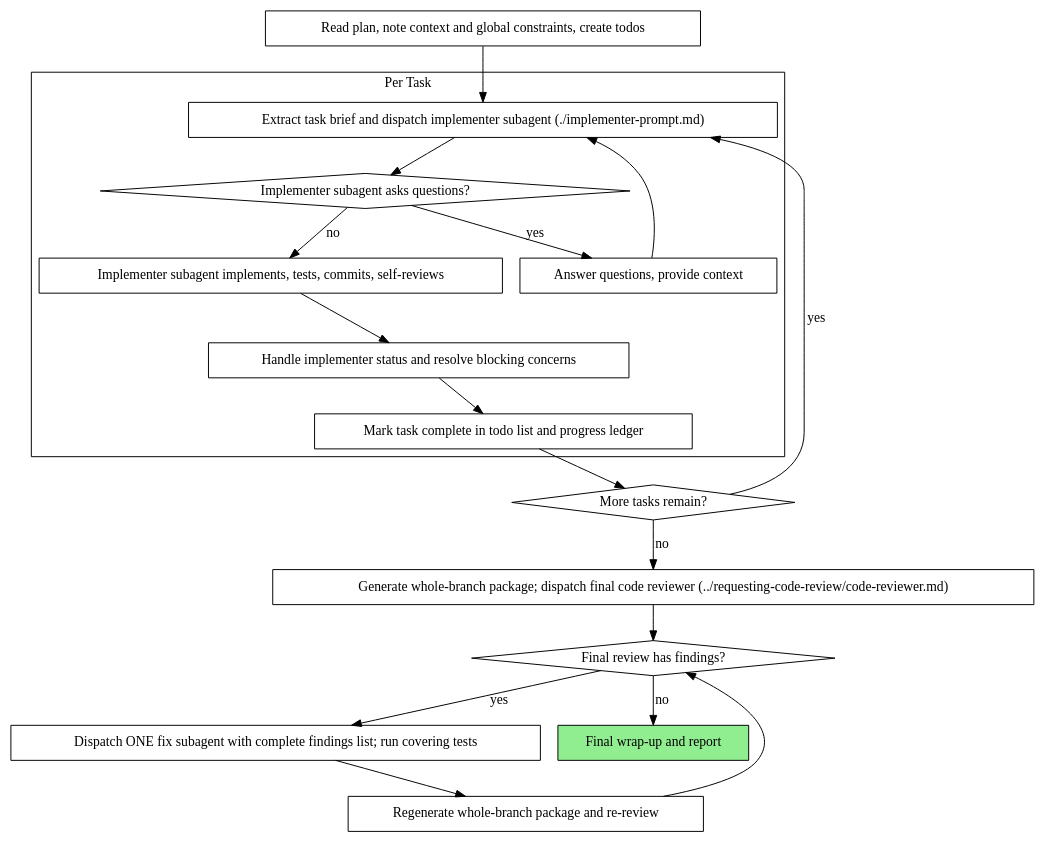
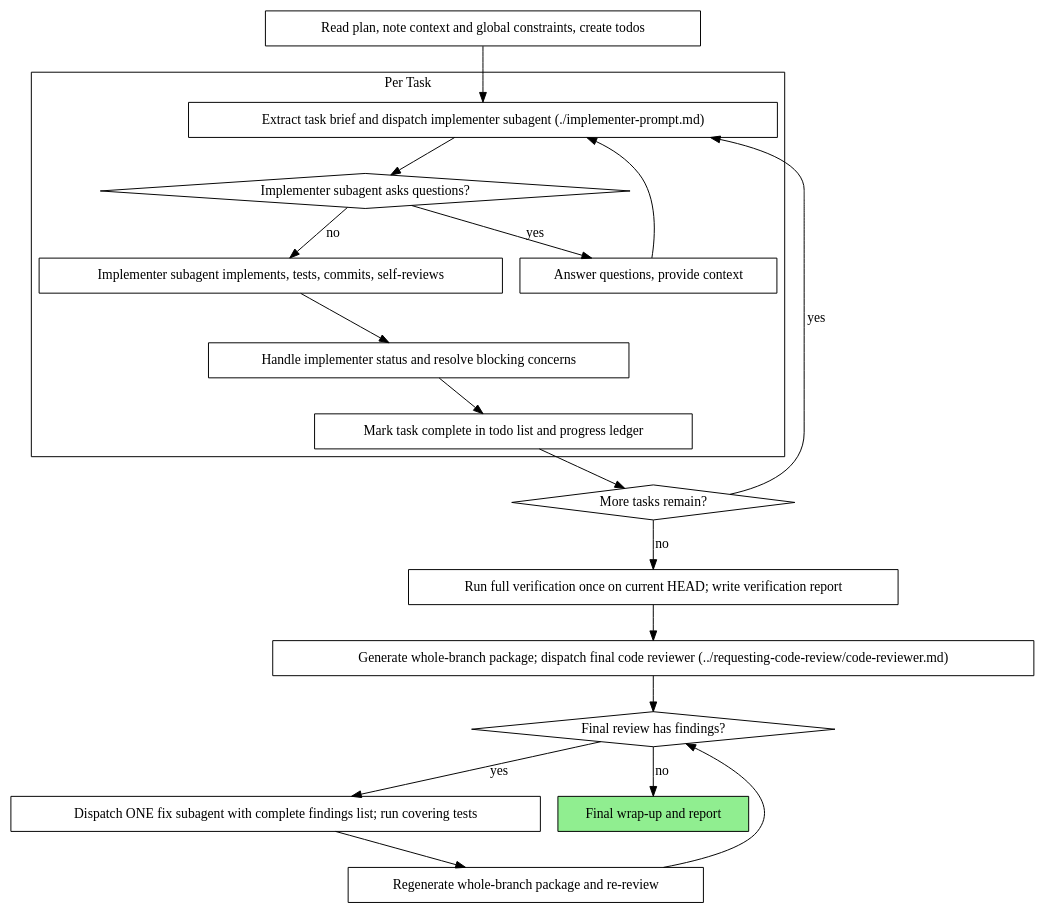
The second of 2 diagrams in 我的常用skills/subagent-driven-development/SKILL.md (Ayazuki85/Build_AI_Environment_for_Windows10), drawn with Graphviz before and after one commit. The commit also changed other lines of this file and 8 other files, not shown here.

````diff
--- a/我的常用skills/subagent-driven-development/SKILL.md
+++ b/我的常用skills/subagent-driven-development/SKILL.md
@@ -48,39 +48,41 @@
 ```dot
 digraph process {
     rankdir=TB;
 
     subgraph cluster_per_task {
         label="Per Task";
         "Extract task brief and dispatch implementer subagent (./implementer-prompt.md)" [shape=box];
         "Implementer subagent asks questions?" [shape=diamond];
         "Answer questions, provide context" [shape=box];
         "Implementer subagent implements, tests, commits, self-reviews" [shape=box];
         "Handle implementer status and resolve blocking concerns" [shape=box];
         "Mark task complete in todo list and progress ledger" [shape=box];
     }
 
     "Read plan, note context and global constraints, create todos" [shape=box];
     "More tasks remain?" [shape=diamond];
+    "Run full verification once on current HEAD; write verification report" [shape=box];
     "Generate whole-branch package; dispatch final code reviewer (../requesting-code-review/code-reviewer.md)" [shape=box];
     "Final review has findings?" [shape=diamond];
     "Dispatch ONE fix subagent with complete findings list; run covering tests" [shape=box];
     "Regenerate whole-branch package and re-review" [shape=box];
     "Final wrap-up and report" [shape=box style=filled fillcolor=lightgreen];
 
     "Read plan, note context and global constraints, create todos" -> "Extract task brief and dispatch implementer subagent (./implementer-prompt.md)";
     "Extract task brief and dispatch implementer subagent (./implementer-prompt.md)" -> "Implementer subagent asks questions?";
     "Implementer subagent asks questions?" -> "Answer questions, provide context" [label="yes"];
     "Answer questions, provide context" -> "Extract task brief and dispatch implementer subagent (./implementer-prompt.md)";
     "Implementer subagent asks questions?" -> "Implementer subagent implements, tests, commits, self-reviews" [label="no"];
     "Implementer subagent implements, tests, commits, self-reviews" -> "Handle implementer status and resolve blocking concerns";
     "Handle implementer status and resolve blocking concerns" -> "Mark task complete in todo list and progress ledger";
     "Mark task complete in todo list and progress ledger" -> "More tasks remain?";
     "More tasks remain?" -> "Extract task brief and dispatch implementer subagent (./implementer-prompt.md)" [label="yes"];
-    "More tasks remain?" -> "Generate whole-branch package; dispatch final code reviewer (../requesting-code-review/code-reviewer.md)" [label="no"];
+    "More tasks remain?" -> "Run full verification once on current HEAD; write verification report" [label="no"];
+    "Run full verification once on current HEAD; write verification report" -> "Generate whole-branch package; dispatch final code reviewer (../requesting-code-review/code-reviewer.md)";
     "Generate whole-branch package; dispatch final code reviewer (../requesting-code-review/code-reviewer.md)" -> "Final review has findings?";
     "Final review has findings?" -> "Dispatch ONE fix subagent with complete findings list; run covering tests" [label="yes"];
     "Dispatch ONE fix subagent with complete findings list; run covering tests" -> "Regenerate whole-branch package and re-review";
     "Regenerate whole-branch package and re-review" -> "Final review has findings?";
     "Final review has findings?" -> "Final wrap-up and report" [label="no"];
 }
 ```
````
